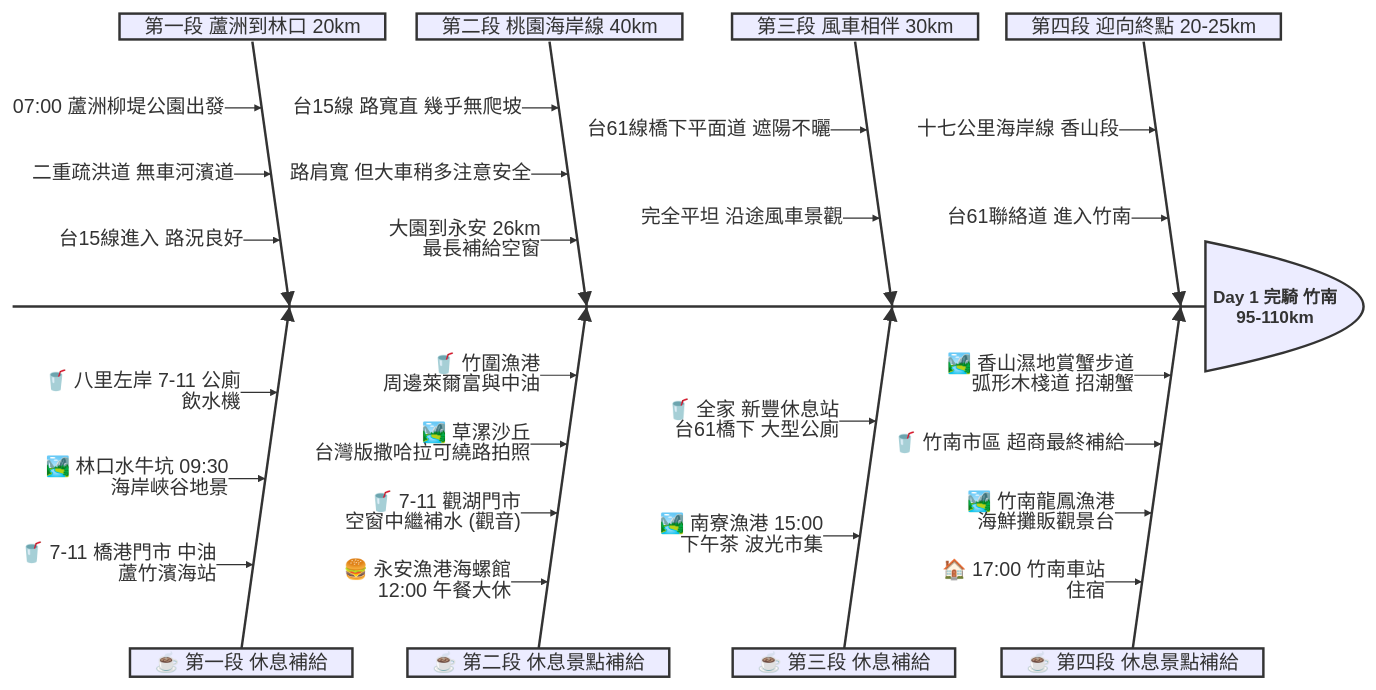
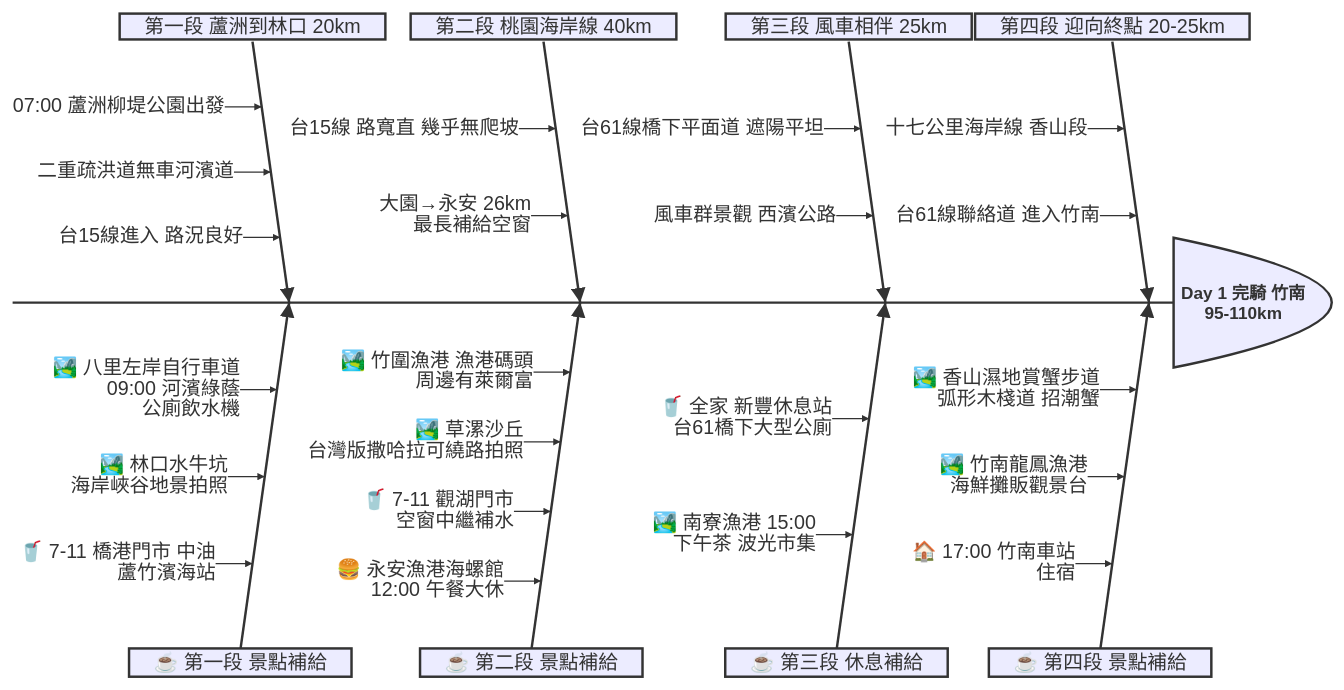
The diagram in day1/day1.md (chinqan/CyclingTW), drawn with Mermaid before and after one commit. The commit also changed other lines of this file and 11 other files, not shown here.

````diff
--- a/day1/day1.md
+++ b/day1/day1.md
@@ -26,35 +29,33 @@
 ```mermaid
 ishikawa-beta
     Day 1 完騎 竹南 95-110km
     第四段 迎向終點 20-25km
         十七公里海岸線 香山段
-        台61聯絡道 進入竹南
-    ☕️ 第四段 休息景點補給
+        台61線聯絡道 進入竹南
+    ☕️ 第四段 景點補給
         🏞️ 香山濕地賞蟹步道 弧形木棧道 招潮蟹
-        🥤 竹南市區 超商最終補給
         🏞️ 竹南龍鳳漁港 海鮮攤販觀景台
         🏠 17:00 竹南車站 住宿
-    第三段 風車相伴 30km
-        台61線橋下平面道 遮陽不曬
-        完全平坦 沿途風車景觀
+    第三段 風車相伴 25km
+        台61線橋下平面道 遮陽平坦
+        風車群景觀 西濱公路
     ☕️ 第三段 休息補給
-        🥤 全家 新豐休息站 台61橋下 大型公廁
+        🥤 全家 新豐休息站 台61橋下大型公廁
         🏞️ 南寮漁港 15:00 下午茶 波光市集
     第二段 桃園海岸線 40km
         台15線 路寬直 幾乎無爬坡
-        路肩寬 但大車稍多注意安全
-        大園到永安 26km 最長補給空窗
-    ☕️ 第二段 休息景點補給
-        🥤 竹圍漁港 周邊萊爾富與中油
+        大園→永安 26km 最長補給空窗
+    ☕️ 第二段 景點補給
+        🏞️ 竹圍漁港 漁港碼頭 周邊有萊爾富
         🏞️ 草漯沙丘 台灣版撒哈拉可繞路拍照
-        🥤 7-11 觀湖門市 空窗中繼補水 (觀音)
+        🥤 7-11 觀湖門市 空窗中繼補水
         🍔 永安漁港海螺館 12:00 午餐大休
     第一段 蘆洲到林口 20km
         07:00 蘆洲柳堤公園出發
-        二重疏洪道 無車河濱道
+        二重疏洪道無車河濱道
         台15線進入 路況良好
-    ☕️ 第一段 休息補給
-        🥤 八里左岸 7-11 公廁 飲水機
-        🏞️ 林口水牛坑 09:30 海岸峽谷地景
+    ☕️ 第一段 景點補給
+        🏞️ 八里左岸自行車道 09:00 河濱綠蔭 公廁飲水機
+        🏞️ 林口水牛坑 海岸峽谷地景拍照
         🥤 7-11 橋港門市 中油 蘆竹濱海站
 ```
````
